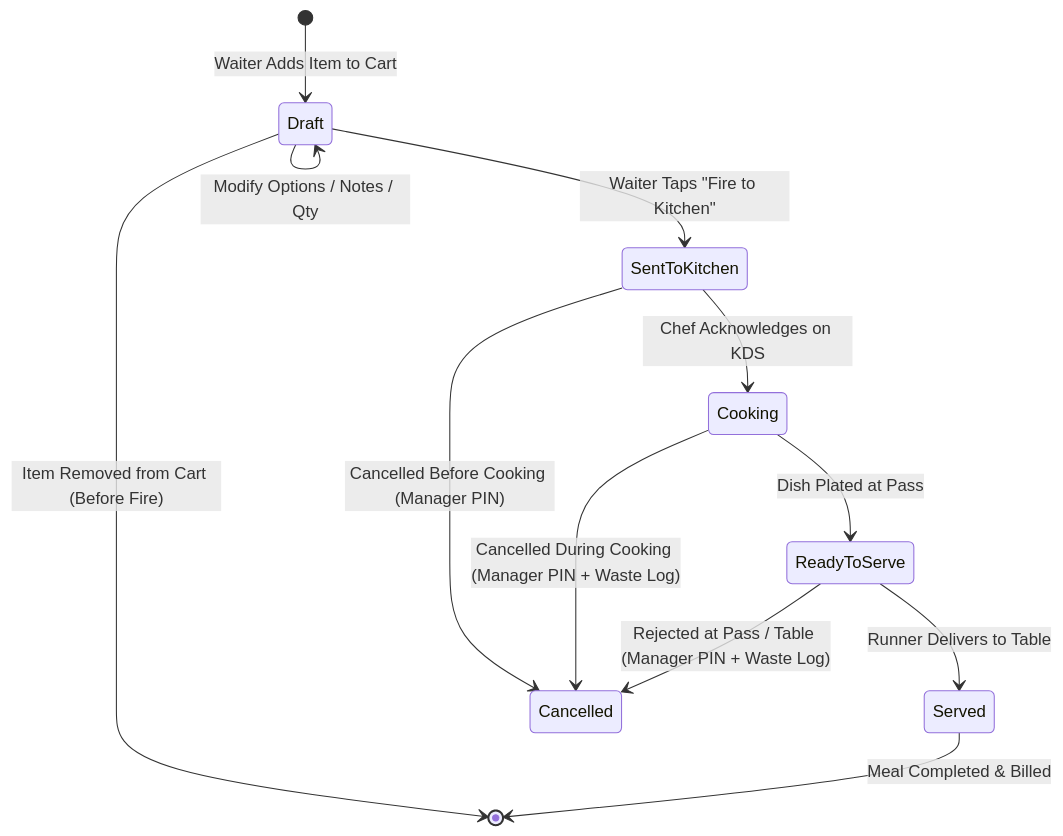
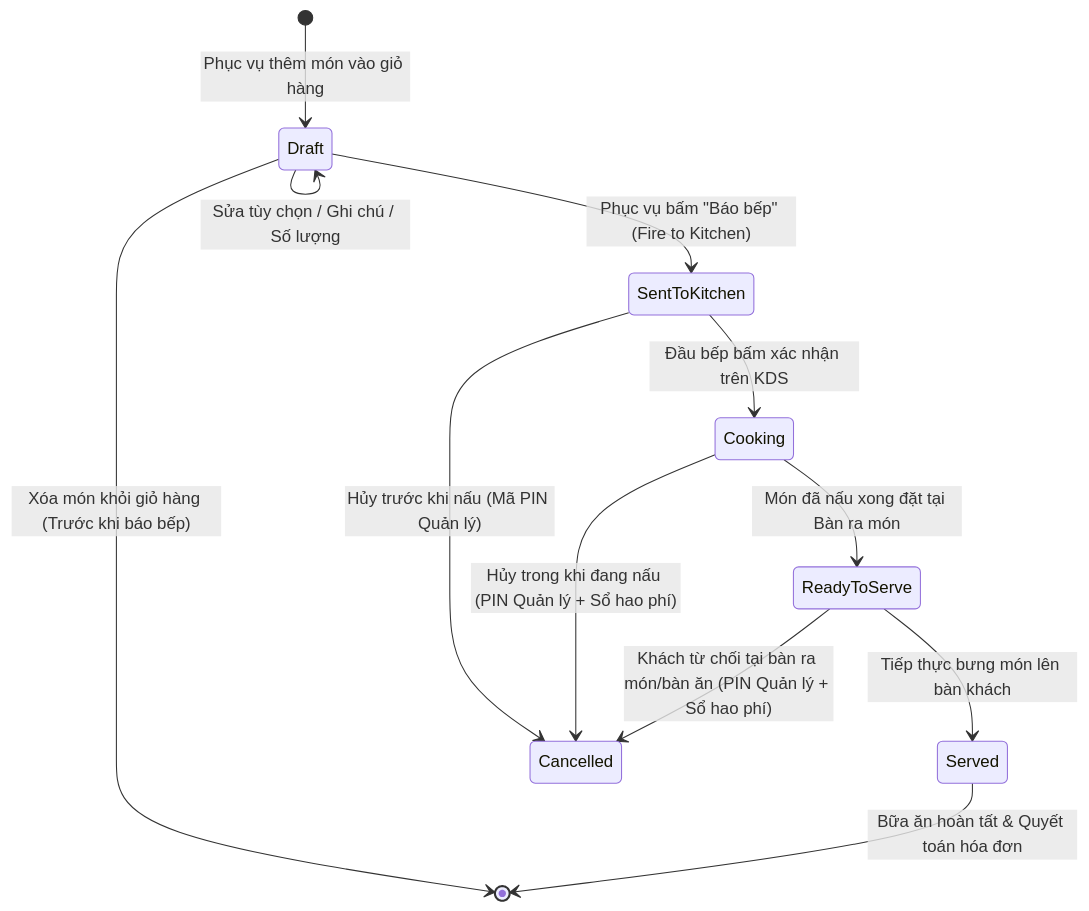
Before and after one commit to dieudoanhut2002/SmartRestaurant: the first of 3 diagrams in docs/product/workflows/ORDER-WORKFLOW.md, drawn with Mermaid. The commit also changed other lines of this file and 40 other files, not shown here.

````diff
--- a/docs/product/workflows/ORDER-WORKFLOW.md
+++ b/docs/product/workflows/ORDER-WORKFLOW.md
@@ -13,16 +14,16 @@
 ```mermaid
 stateDiagram-v2
-    [*] --> Draft: Waiter Adds Item to Cart
-    Draft --> Draft: Modify Options / Notes / Qty
-    Draft --> [*]: Item Removed from Cart (Before Fire)
+    [*] --> Draft: Phục vụ thêm món vào giỏ hàng
+    Draft --> Draft: Sửa tùy chọn / Ghi chú / Số lượng
+    Draft --> [*]: Xóa món khỏi giỏ hàng (Trước khi báo bếp)
 
-    Draft --> SentToKitchen: Waiter Taps "Fire to Kitchen"
-    SentToKitchen --> Cooking: Chef Acknowledges on KDS
-    Cooking --> ReadyToServe: Dish Plated at Pass
-    ReadyToServe --> Served: Runner Delivers to Table
-    Served --> [*]: Meal Completed & Billed
+    Draft --> SentToKitchen: Phục vụ bấm "Báo bếp" (Fire to Kitchen)
+    SentToKitchen --> Cooking: Đầu bếp bấm xác nhận trên KDS
+    Cooking --> ReadyToServe: Món đã nấu xong đặt tại Bàn ra món
+    ReadyToServe --> Served: Tiếp thực bưng món lên bàn khách
+    Served --> [*]: Bữa ăn hoàn tất & Quyết toán hóa đơn
 
-    SentToKitchen --> Cancelled: Cancelled Before Cooking (Manager PIN)
-    Cooking --> Cancelled: Cancelled During Cooking (Manager PIN + Waste Log)
-    ReadyToServe --> Cancelled: Rejected at Pass / Table (Manager PIN + Waste Log)
+    SentToKitchen --> Cancelled: Hủy trước khi nấu (Mã PIN Quản lý)
+    Cooking --> Cancelled: Hủy trong khi đang nấu (PIN Quản lý + Sổ hao phí)
+    ReadyToServe --> Cancelled: Khách từ chối tại bàn ra món/bàn ăn (PIN Quản lý + Sổ hao phí)
 ```
````
